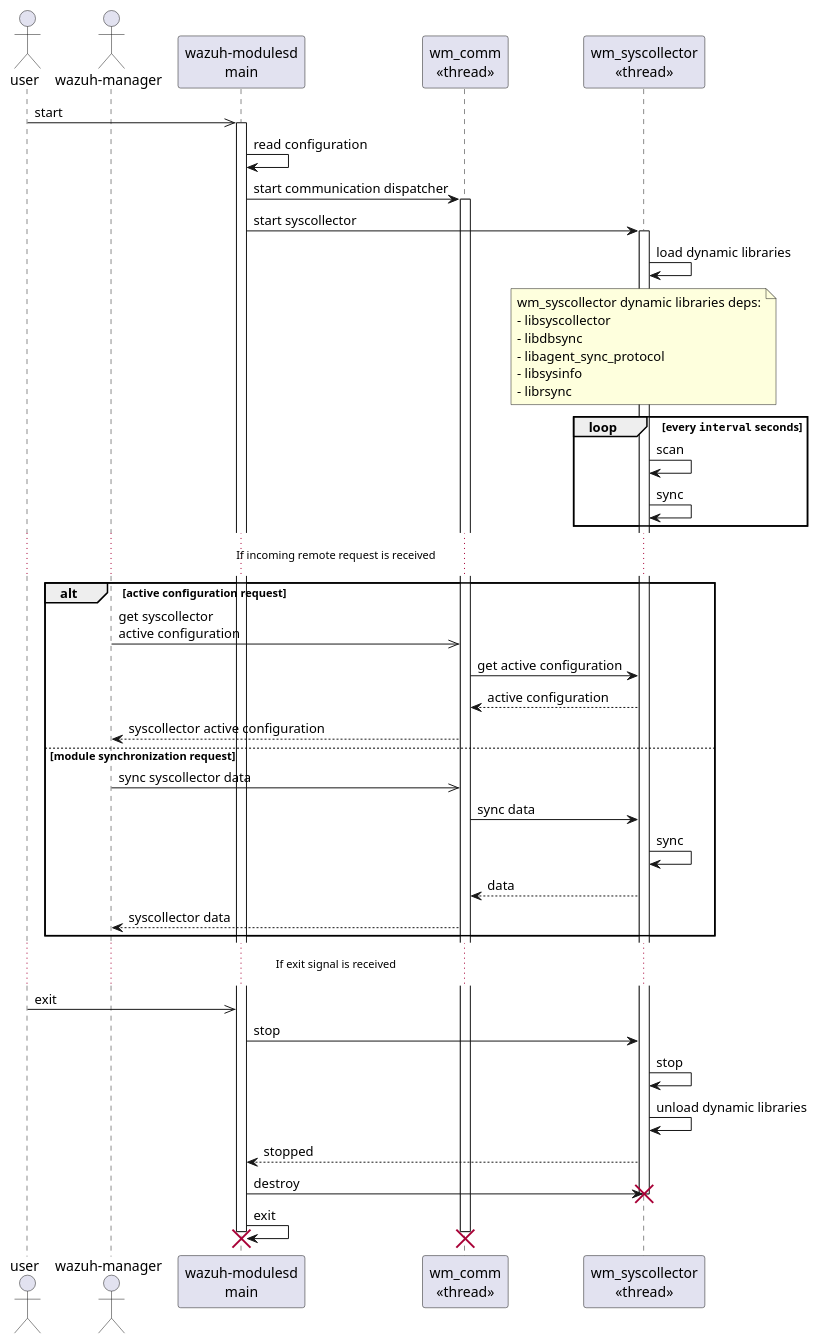
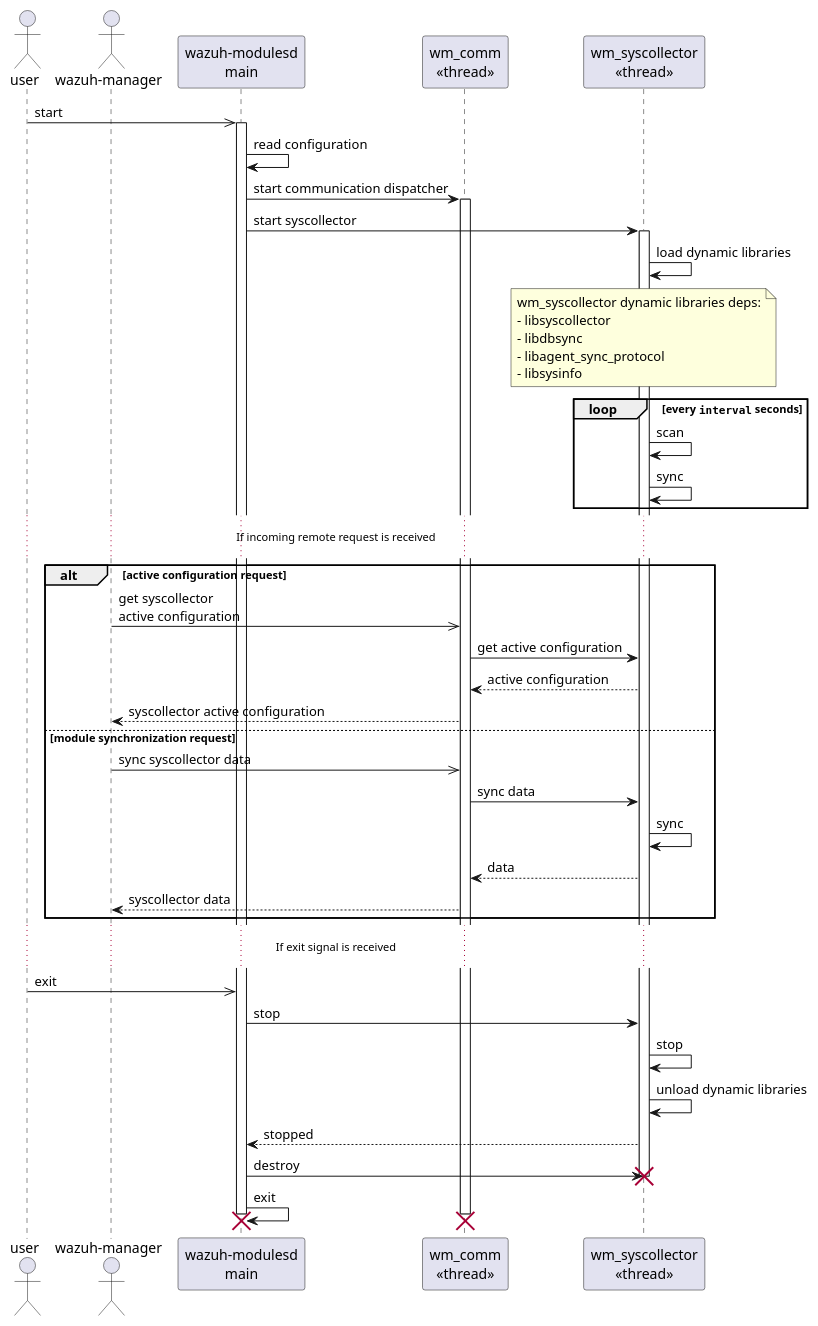
One commit to wazuh/wazuh changed the diagram in architecture/syscollector/001-sequence-wm-syscollector.puml. Above: the diagram before and after it, drawn with PlantUML. The commit also changed 79 other files, not shown here.

```diff
--- a/architecture/syscollector/001-sequence-wm-syscollector.puml
+++ b/architecture/syscollector/001-sequence-wm-syscollector.puml
@@ -5,51 +5,50 @@
 @startuml wm-syscollector
 
 actor user
 actor "wazuh-manager" as manager
 participant "wazuh-modulesd\nmain" as main
 participant "wm_comm\n<<thread>>" as comm
 participant "wm_syscollector\n<<thread>>" as wm_syscollector
 
 
 user ->> main++: start
 main -> main: read configuration
 main -> comm++: start communication dispatcher
 main -> wm_syscollector++: start syscollector
 wm_syscollector -> wm_syscollector: load dynamic libraries
 note over wm_syscollector
     wm_syscollector dynamic libraries deps:
     - libsyscollector
     - libdbsync
     - libagent_sync_protocol
     - libsysinfo
-    - librsync
 end note
 loop every ""interval"" seconds
     wm_syscollector -> wm_syscollector: scan
     wm_syscollector -> wm_syscollector: sync
 end
 ... If incoming remote request is received ...
 alt active configuration request
     manager ->> comm: get syscollector\nactive configuration
     comm -> wm_syscollector: get active configuration
     comm <-- wm_syscollector: active configuration
     manager <-- comm: syscollector active configuration
 else module synchronization request
     manager ->> comm: sync syscollector data
     comm -> wm_syscollector: sync data
     wm_syscollector -> wm_syscollector: sync
     comm <-- wm_syscollector: data
     manager <-- comm: syscollector data
 end
 ... If exit signal is received ...
 
 user ->> main: exit
 main -> wm_syscollector: stop
 wm_syscollector -> wm_syscollector: stop
 wm_syscollector -> wm_syscollector: unload dynamic libraries
 main <-- wm_syscollector: stopped
 main -> wm_syscollector!!: destroy
 main -> main!!:exit
 destroy comm
 
 @enduml
```
